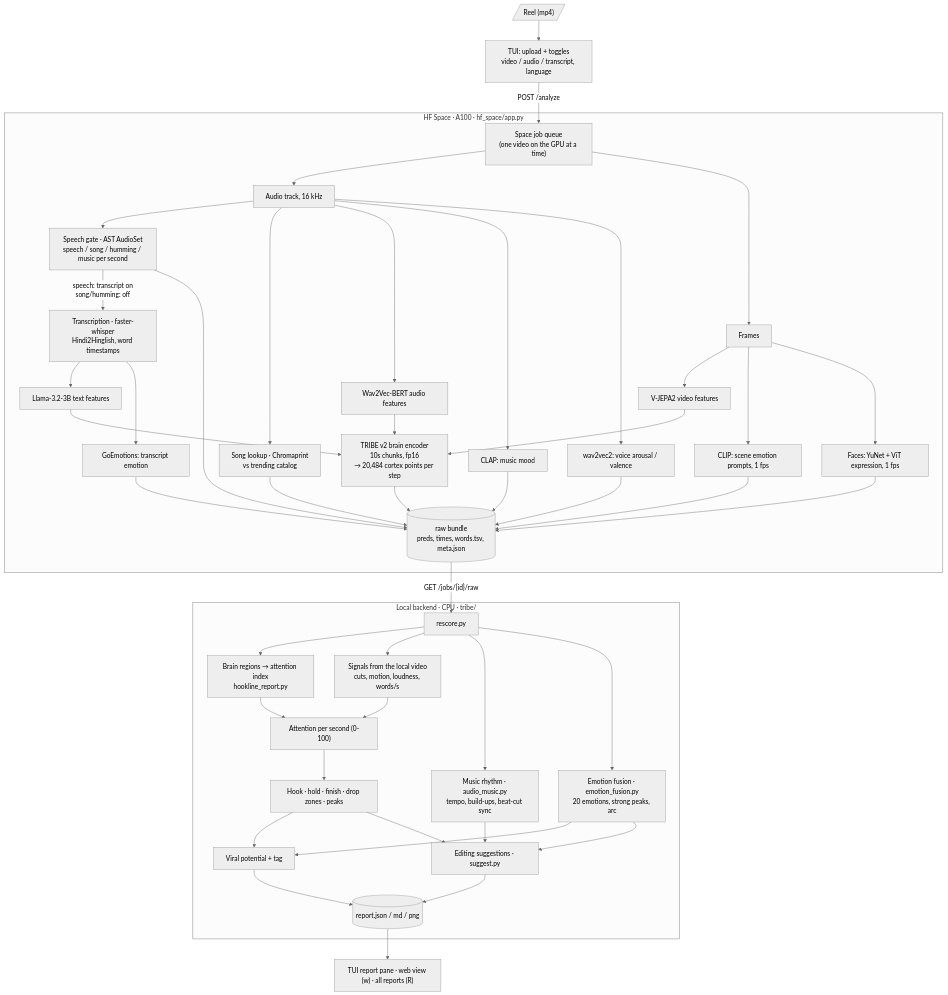
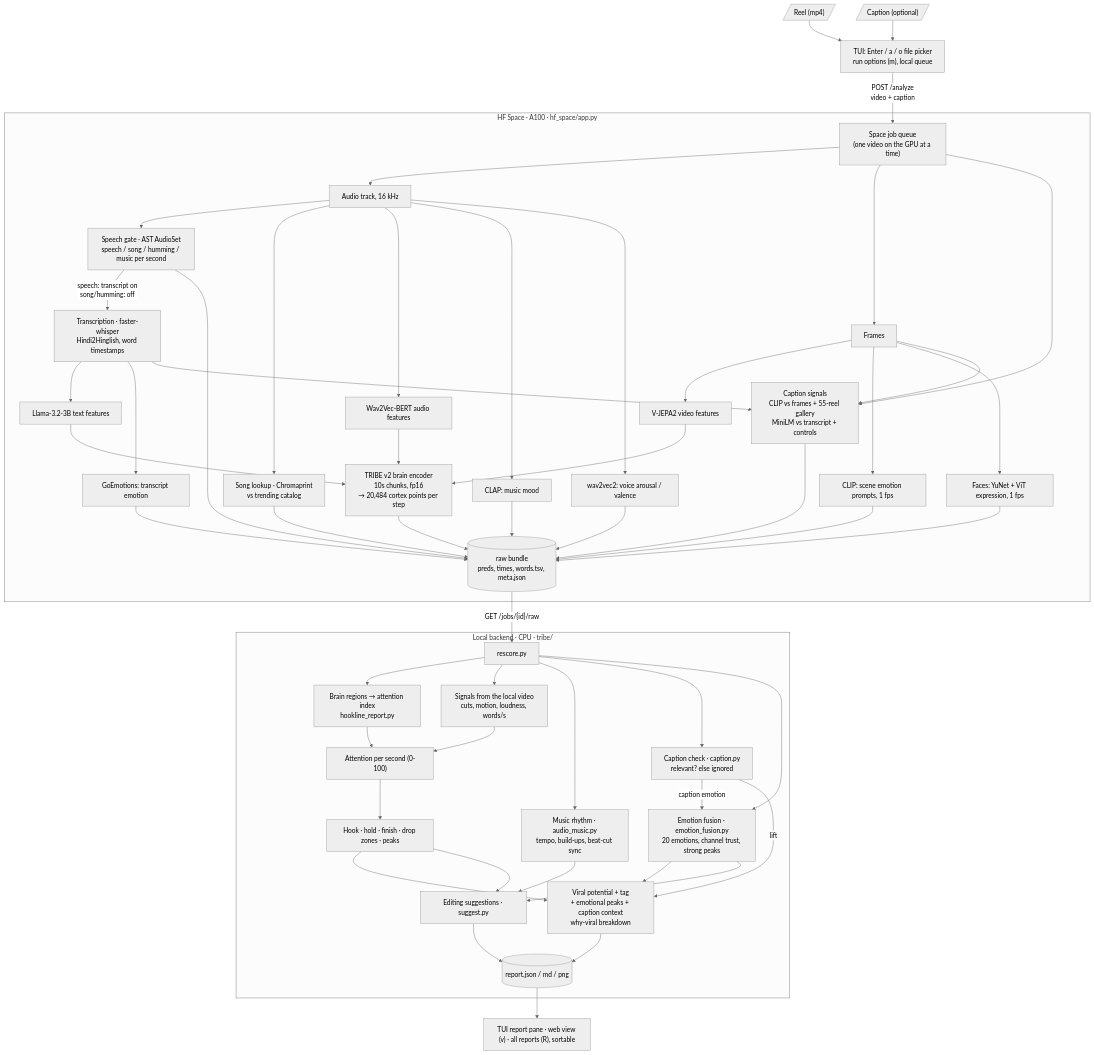
The diagram in ARCHITECTURE.md (GAM3RG33K/wldd-hackathon-2026-hookline), drawn with Mermaid (neutral theme) before and after one commit. The commit also changed other lines of this file and 16 other files, not shown here.

````diff
--- a/ARCHITECTURE.md
+++ b/ARCHITECTURE.md
@@ -47,40 +52,47 @@
 ```mermaid
 flowchart TD
-    V[/"Reel (mp4)"/] --> TUI["TUI: upload + toggles<br/>video / audio / transcript, language"]
-    TUI -->|POST /analyze| Q["Space job queue<br/>(one video on the GPU at a time)"]
+    V[/"Reel (mp4)"/] --> TUI["TUI: Enter / a / o file picker<br/>run options (m), local queue"]
+    C[/"Caption (optional)"/] --> TUI
+    TUI -->|"POST /analyze<br/>video + caption"| Q["Space job queue<br/>(one video on the GPU at a time)"]
 
     subgraph SPACE["HF Space · A100 · hf_space/app.py"]
         Q --> AUD["Audio track, 16 kHz"]
         Q --> FR["Frames"]
         AUD --> GATE["Speech gate · AST AudioSet<br/>speech / song / humming / music per second"]
         AUD --> SONG["Song lookup · Chromaprint<br/>vs trending catalog"]
         GATE -->|"speech: transcript on<br/>song/humming: off"| ASR["Transcription · faster-whisper<br/>Hindi2Hinglish, word timestamps"]
         FR --> VJEPA["V-JEPA2 video features"]
         AUD --> W2V["Wav2Vec-BERT audio features"]
         ASR --> LLAMA["Llama-3.2-3B text features"]
         VJEPA & W2V & LLAMA --> TRIBE["TRIBE v2 brain encoder<br/>10s chunks, fp16<br/>→ 20,484 cortex points per step"]
         FR --> CLIP["CLIP: scene emotion prompts, 1 fps"]
         FR --> FACE["Faces: YuNet + ViT expression, 1 fps"]
         AUD --> CLAP["CLAP: music mood"]
         AUD --> VOICE["wav2vec2: voice arousal / valence"]
         ASR --> GOEMO["GoEmotions: transcript emotion"]
+        Q --> CAPS["Caption signals<br/>CLIP vs frames + 55-reel gallery<br/>MiniLM vs transcript + controls"]
+        FR --> CAPS
+        ASR --> CAPS
         TRIBE --> RAW[("raw bundle<br/>preds, times, words.tsv, meta.json")]
-        GATE & SONG & CLIP & FACE & CLAP & VOICE & GOEMO --> RAW
+        GATE & SONG & CLIP & FACE & CLAP & VOICE & GOEMO & CAPS --> RAW
     end
 
     RAW -->|"GET /jobs/{id}/raw"| BE
 
     subgraph LOCAL["Local backend · CPU · tribe/"]
         BE["rescore.py"] --> NET["Brain regions → attention index<br/>hookline_report.py"]
         BE --> SIG["Signals from the local video<br/>cuts, motion, loudness, words/s"]
         BE --> MUS["Music rhythm · audio_music.py<br/>tempo, build-ups, beat-cut sync"]
         NET & SIG --> ATT["Attention per second (0-100)"]
         ATT --> SC["Hook · hold · finish · drop zones · peaks"]
-        BE --> EMO["Emotion fusion · emotion_fusion.py<br/>20 emotions, strong peaks, arc"]
-        SC & EMO --> VIR["Viral potential + tag"]
+        BE --> CAPR["Caption check · caption.py<br/>relevant? else ignored"]
+        BE --> EMO["Emotion fusion · emotion_fusion.py<br/>20 emotions, channel trust, strong peaks"]
+        CAPR -->|"caption emotion"| EMO
+        SC & EMO --> VIR["Viral potential + tag<br/>+ emotional peaks + caption context<br/>why-viral breakdown"]
+        CAPR -->|"lift"| VIR
         SC & EMO & MUS --> SUG["Editing suggestions · suggest.py"]
         VIR & SUG --> REP[("report.json / md / png")]
     end
 
-    REP --> OUT["TUI report pane · web view (w) · all reports (R)"]
+    REP --> OUT["TUI report pane · web view (v) · all reports (R), sortable"]
 ```
````
